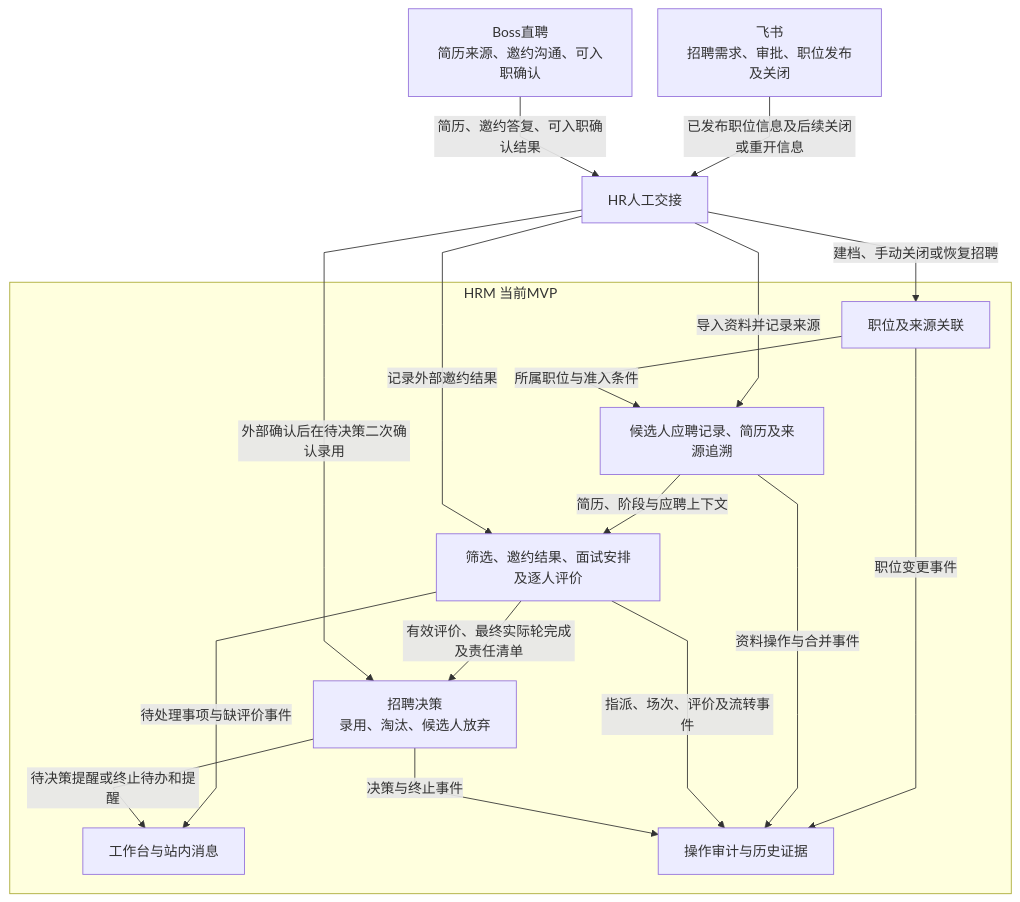
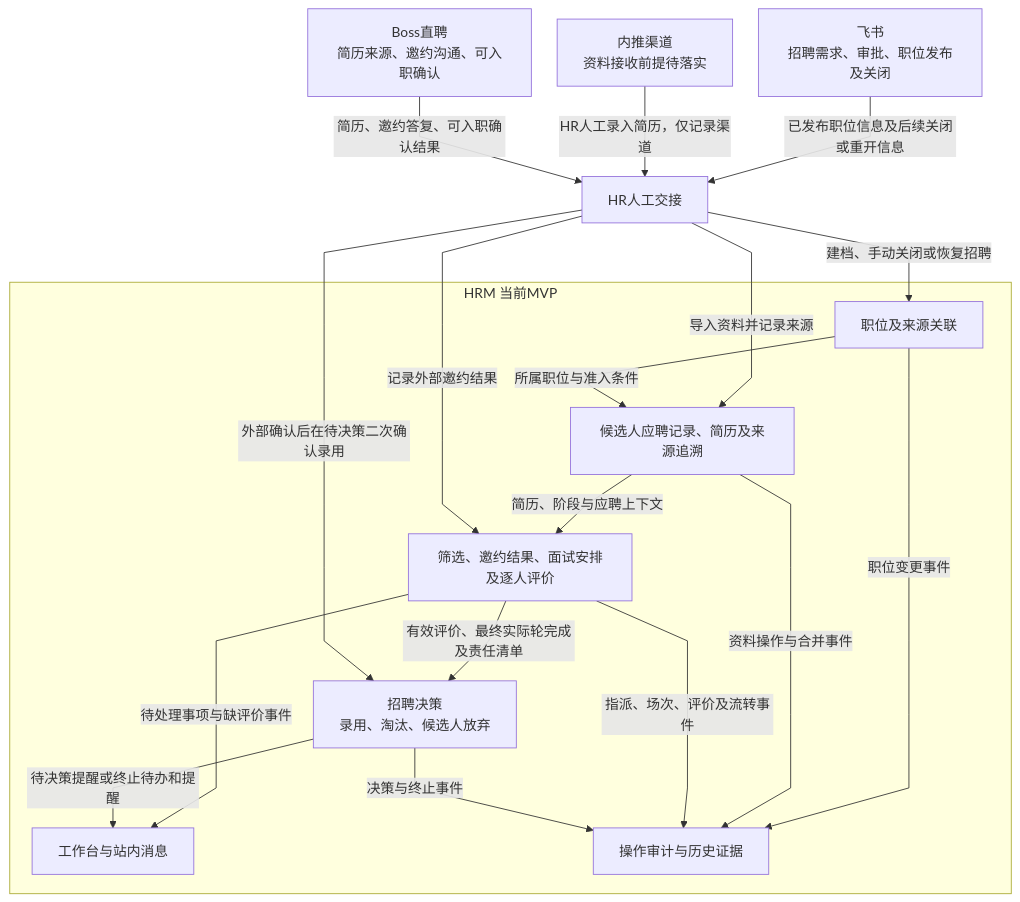
One commit to leidaibo-lab/pm-hrm changed the second of 2 diagrams in docs/output/产品项目总览.md. Above: the diagram before and after it, drawn with Mermaid. The commit also changed other lines of this file and 40 other files, not shown here.

````diff
--- a/docs/output/产品项目总览.md
+++ b/docs/output/产品项目总览.md
@@ -76,30 +77,31 @@
 ```mermaid
 %%{init: {"flowchart":{"curve":"linear","nodeSpacing":30,"rankSpacing":45,"diagramPadding":16,"wrappingWidth":200},"sequence":{"mirrorActors":false,"actorMargin":45,"messageMargin":30,"noteMargin":12,"wrap":false},"er":{"diagramPadding":16,"minEntityWidth":130,"minEntityHeight":45}}}%%
 flowchart TB
     Feishu["飞书<br/>招聘需求、审批、职位发布及关闭"]
     Boss["Boss直聘<br/>简历来源、邀约沟通、可入职确认"]
     HR["HR人工交接"]
     subgraph HRM["HRM 当前MVP"]
         Job["职位及来源关联"]
         Candidate["候选人应聘记录、简历及来源追溯"]
         Collaboration["筛选、邀约结果、面试安排及逐人评价"]
         Decision["招聘决策<br/>录用、淘汰、候选人放弃"]
         Work["工作台与站内消息"]
         Audit["操作审计与历史证据"]
     end
     Feishu -->|已发布职位信息及后续关闭或重开信息| HR
+    Referral["内推渠道<br/>资料接收前提待落实"] -->|HR人工录入简历，仅记录渠道| HR
     Boss -->|简历、邀约答复、可入职确认结果| HR
     HR -->|建档、手动关闭或恢复招聘| Job
     HR -->|导入资料并记录来源| Candidate
     Job -->|所属职位与准入条件| Candidate
     Candidate -->|简历、阶段与应聘上下文| Collaboration
     HR -->|记录外部邀约结果| Collaboration
     Collaboration -->|有效评价、最终实际轮完成及责任清单| Decision
     HR -->|外部确认后在待决策二次确认录用| Decision
     Collaboration -->|待处理事项与缺评价事件| Work
     Decision -->|待决策提醒或终止待办和提醒| Work
     Job -->|职位变更事件| Audit
     Candidate -->|资料操作与合并事件| Audit
     Collaboration -->|指派、场次、评价及流转事件| Audit
     Decision -->|决策与终止事件| Audit
 ```
````
